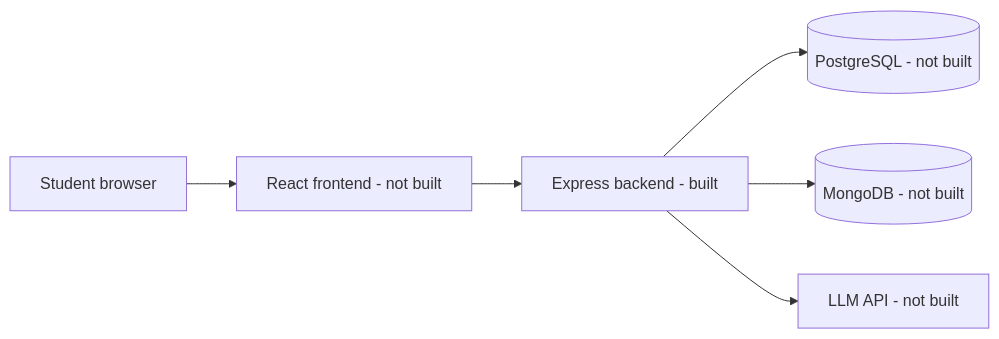
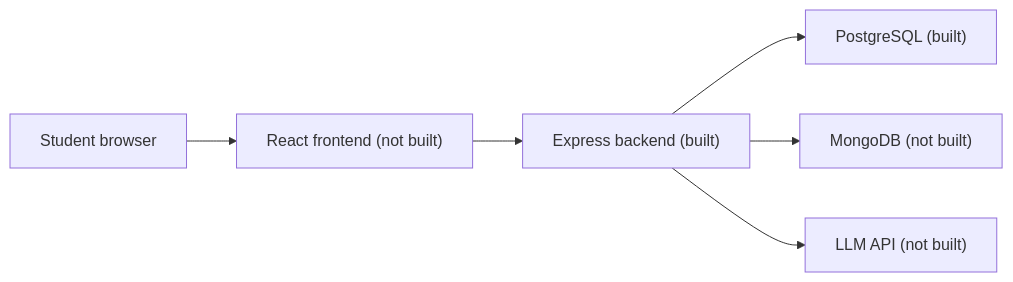
Before and after one commit to divyaamaddu/Teamfinder: the diagram in HLD.md, drawn with Mermaid. The commit also changed other lines of this file and 2 other files, not shown here.

Commit message:
Update docs to match the built API and database

````diff
--- a/HLD.md
+++ b/HLD.md
@@ -7,8 +7,8 @@
 ```mermaid
 flowchart LR
-    U[Student browser] --> F[React frontend - not built]
-    F --> B[Express backend - built]
-    B --> P[(PostgreSQL - not built)]
-    B --> M[(MongoDB - not built)]
-    B --> L[LLM API - not built]
+    U["Student browser"] --> F["React frontend (not built)"]
+    F --> B["Express backend (built)"]
+    B --> P["PostgreSQL (built)"]
+    B --> M["MongoDB (not built)"]
+    B --> L["LLM API (not built)"]
 ```
````
